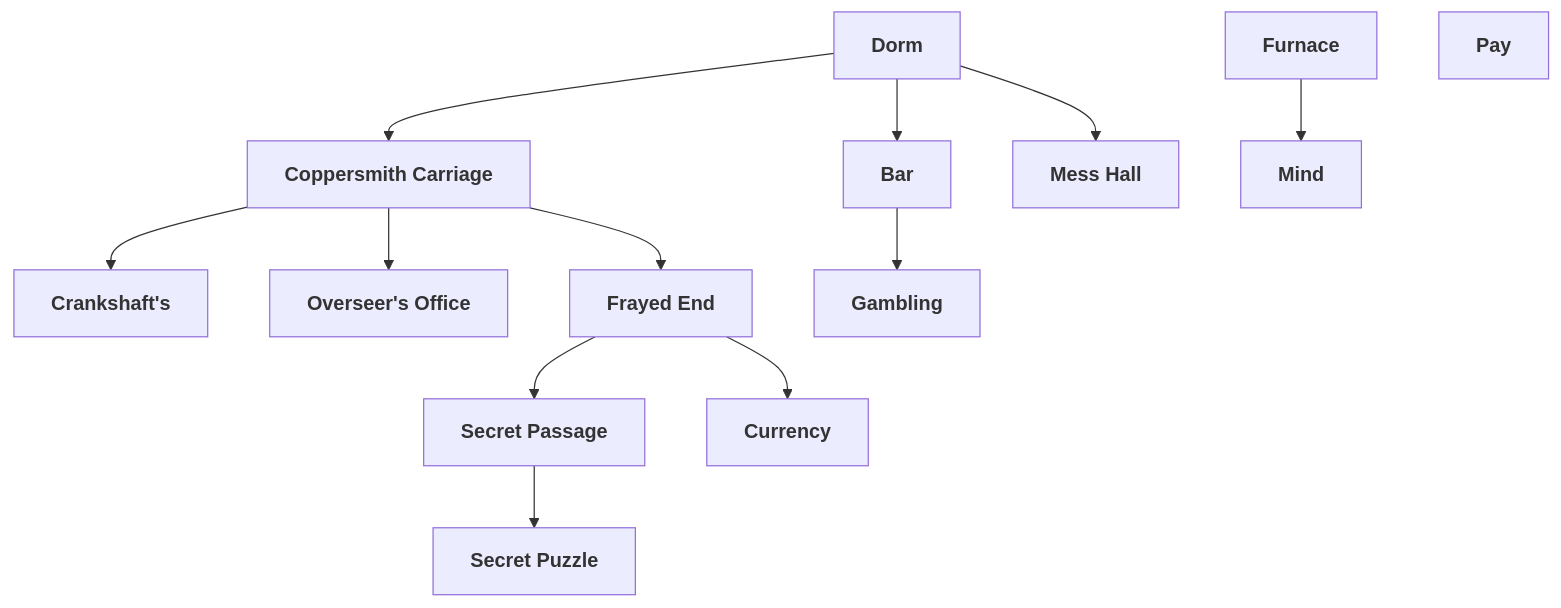
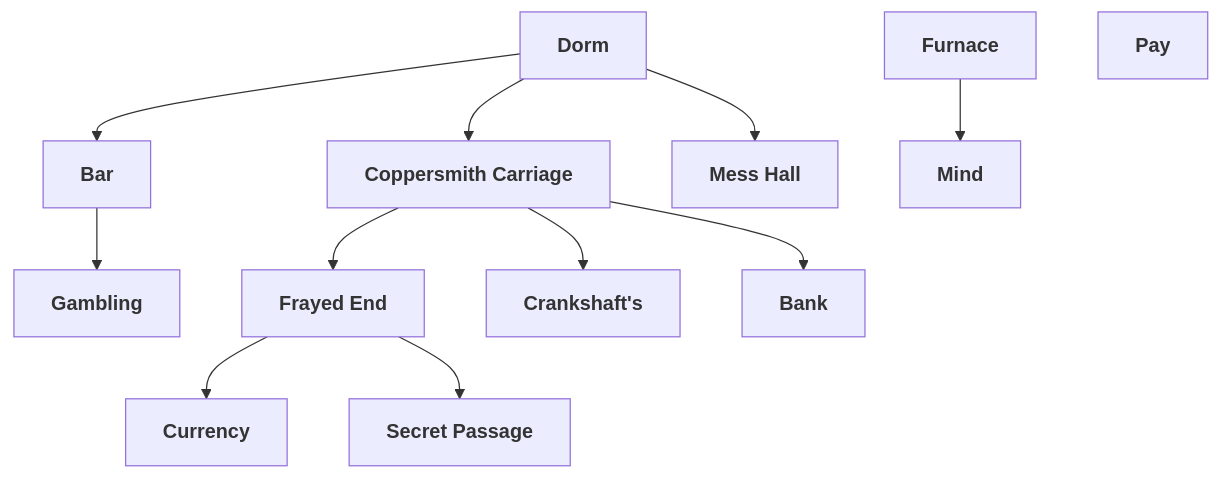
The diagram in .claude/plans/2/2.1-scene-network.mmd (noahval/GoA), drawn with Mermaid before and after one commit.

Commit message:
updated mermaid net

```diff
--- a/.claude/plans/2/2.1-scene-network.mmd
+++ b/.claude/plans/2/2.1-scene-network.mmd
@@ -1,8 +1,8 @@
 flowchart TB
-    dorm["<b>Dorm</b>"] --> bar["<b>Bar</b>"] & carriage["<b>Coppersmith Carriage</b>"] & mess["<b>Mess Hall</b>"]
+    dorm["<b>Dorm</b>"] --> bar["<b>Bar</b>"] & coppersmith_carriage["<b>Coppersmith Carriage</b>"] & mess_hall["<b>Mess Hall</b>"]
     furnace["<b>Furnace</b>"] --> mind["<b>Mind</b>"]
-    carriage --> shop@{ label: "<b>Crankshaft's</b>" } & office@{ label: "<b>Overseer's Office</b>" } & n3["<b>Frayed End</b>"]
-    secret["<b>Secret Passage</b>"] --> puzzle["<b>Secret Puzzle</b>"]
-    n3 --> n4["<b>Currency</b>"] & secret
-    bar --> n2["<b>Gambling</b>"]
-    n5["<b>Pay</b>"]
+    bar --> gambling["<b>Gambling</b>"]
+    frayed_end["<b>Frayed End</b>"] --> currency["<b>Currency</b>"]
+    coppersmith_carriage --> crankshafts@{ label: "<b>Crankshaft's</b>" } & bank["<b>Bank</b>"] & frayed_end
+    frayed_end --> secret_passage["<b>Secret Passage</b>"]
+    pay["<b>Pay</b>"]
```
